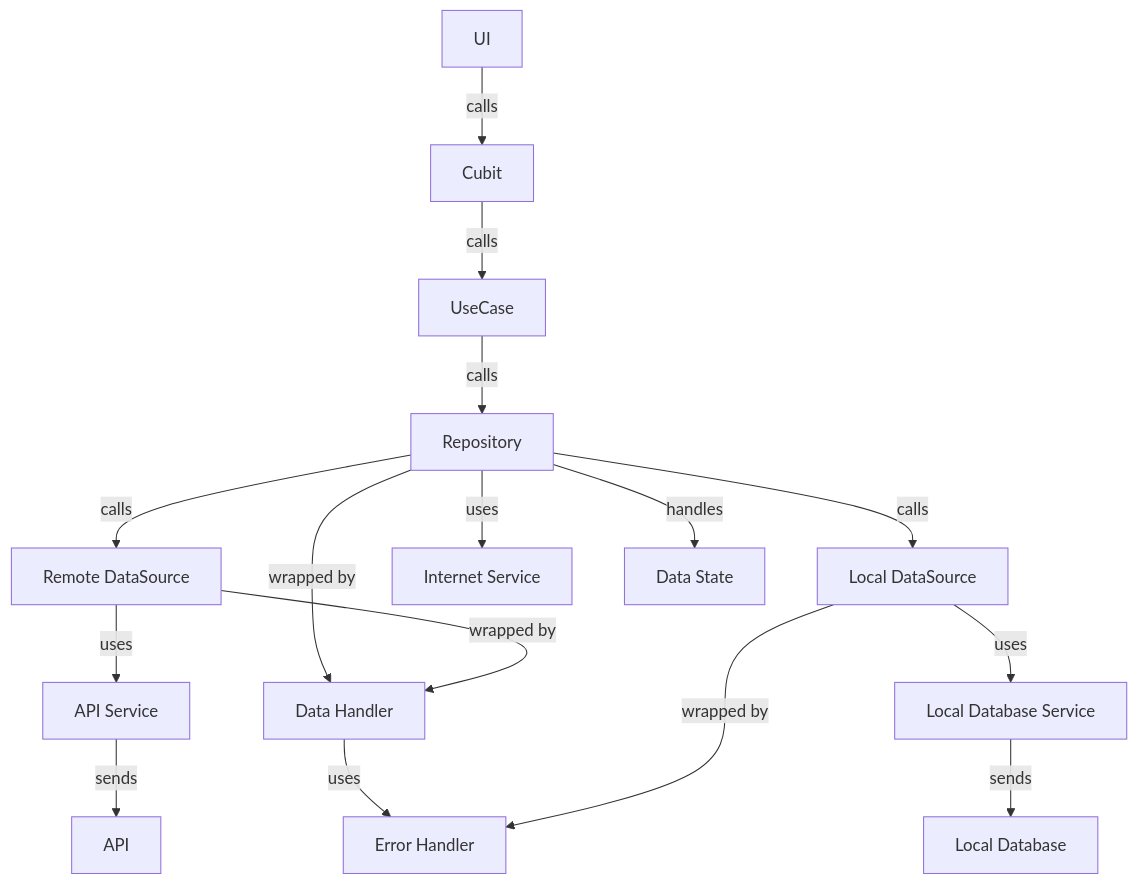
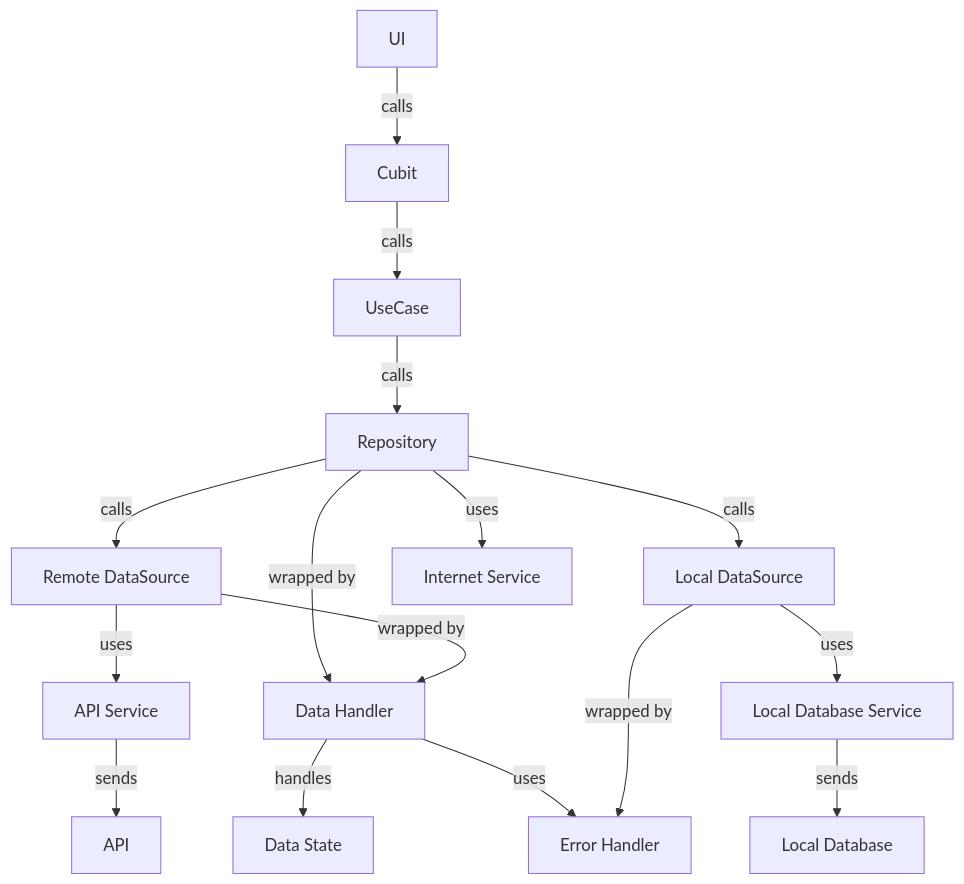
The second of 3 diagrams in README.md (gaurishankar007/Flutter-Clean-Architecture), drawn with Mermaid before and after one commit.

Commit message:
fix: API workflow diagram

````diff
--- a/README.md
+++ b/README.md
@@ -291,17 +291,17 @@
 ```mermaid
 flowchart TD
   Z["UI"] -- calls --> A["Cubit"]
   A -- calls --> B["UseCase"]
   B -- calls --> C["Repository"]
   C -- calls --> D["Remote DataSource"] & E["Local DataSource"]
   C -- uses --> F["Internet Service"]
   C -- wrapped by --> G["Data Handler"]
-  C -- handles --> H["Data State"]
+  G -- handles --> H["Data State"]
   D -- uses --> I["API Service"]
   D -- wrapped by --> G
   I -- sends --> J["API"]
   G -->|uses| M
   E -- uses --> K["Local Database Service"]
   E -- wrapped by --> M["Error Handler"]
   K -- sends --> L["Local Database"]
 ```
````
